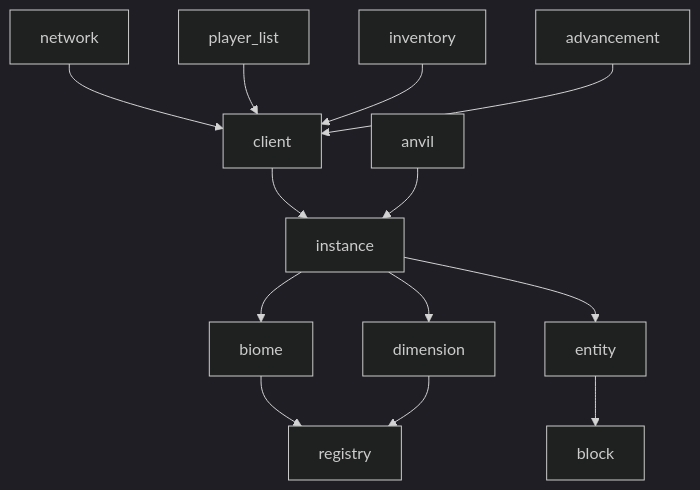
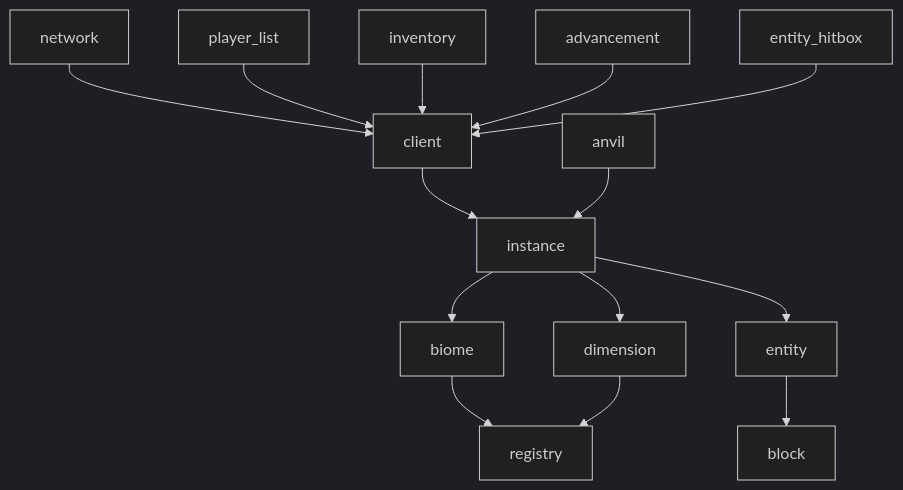
One commit to valence-rs/valence changed the diagram in crates/README.md. Above: the diagram before and after it, drawn with Mermaid (dark theme). The commit also changed 11 other files, not shown here.

````diff
--- a/crates/README.md
+++ b/crates/README.md
@@ -11,15 +11,16 @@
 ```mermaid
 graph TD
   network --> client
 	client --> instance
 	biome --> registry
 	dimension --> registry
 	instance --> biome
 	instance --> dimension
 	instance --> entity
 	player_list --> client
 	inventory --> client
 	anvil --> instance
 	entity --> block
 	advancement --> client
+	entity_hitbox --> client
 ```
````
